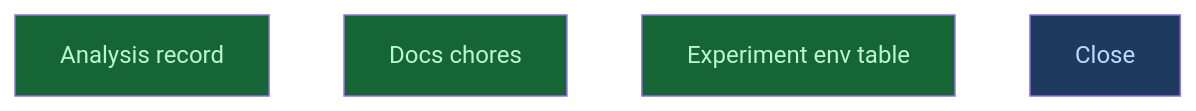
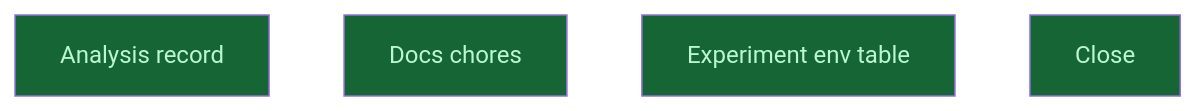
Before and after one commit to CrackingShells/Candler: the diagram in __roadmap__/m6b-surface-consolidation/consolidated/build/outputs/records/README.md, drawn with Mermaid. The commit also changed other lines of this file and 5 other files, not shown here.

````diff
--- a/__roadmap__/m6b-surface-consolidation/consolidated/build/outputs/records/README.md
+++ b/__roadmap__/m6b-surface-consolidation/consolidated/build/outputs/records/README.md
@@ -26,12 +26,12 @@
 ```mermaid
 graph TD
     analysis_record[Analysis record]:::done
     docs_chores[Docs chores]:::done
     experiment_env[Experiment env table]:::done
-    close[Close]:::amendment
+    close[Close]:::done
     classDef done       fill:#166534,color:#bbf7d0
     classDef inprogress fill:#854d0e,color:#fef08a
     classDef planned    fill:#374151,color:#e5e7eb
     classDef amendment  fill:#1e3a5f,color:#bfdbfe
     classDef blocked    fill:#7f1d1d,color:#fecaca
 ```
````
